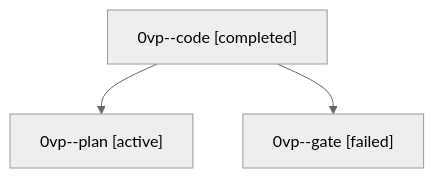
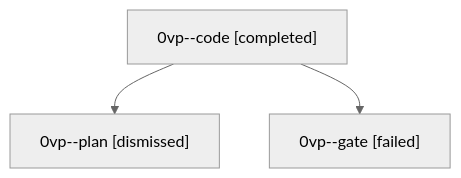
The diagram in sessions/bbugyi200.athena.0vp.md (bobs-org/bob-cli--agents), drawn with Mermaid (neutral theme) before and after one commit. The commit also changed other lines of this file and 29 other files, not shown here.

````diff
--- a/sessions/bbugyi200.athena.0vp.md
+++ b/sessions/bbugyi200.athena.0vp.md
@@ -9,8 +9,8 @@
 ```mermaid
 flowchart TD
   n0["0vp--code [completed]"]
-  n1["0vp--plan [active]"]
+  n1["0vp--plan [dismissed]"]
   n0 --> n1
   n2["0vp--gate [failed]"]
   n0 --> n2
 ```
````
